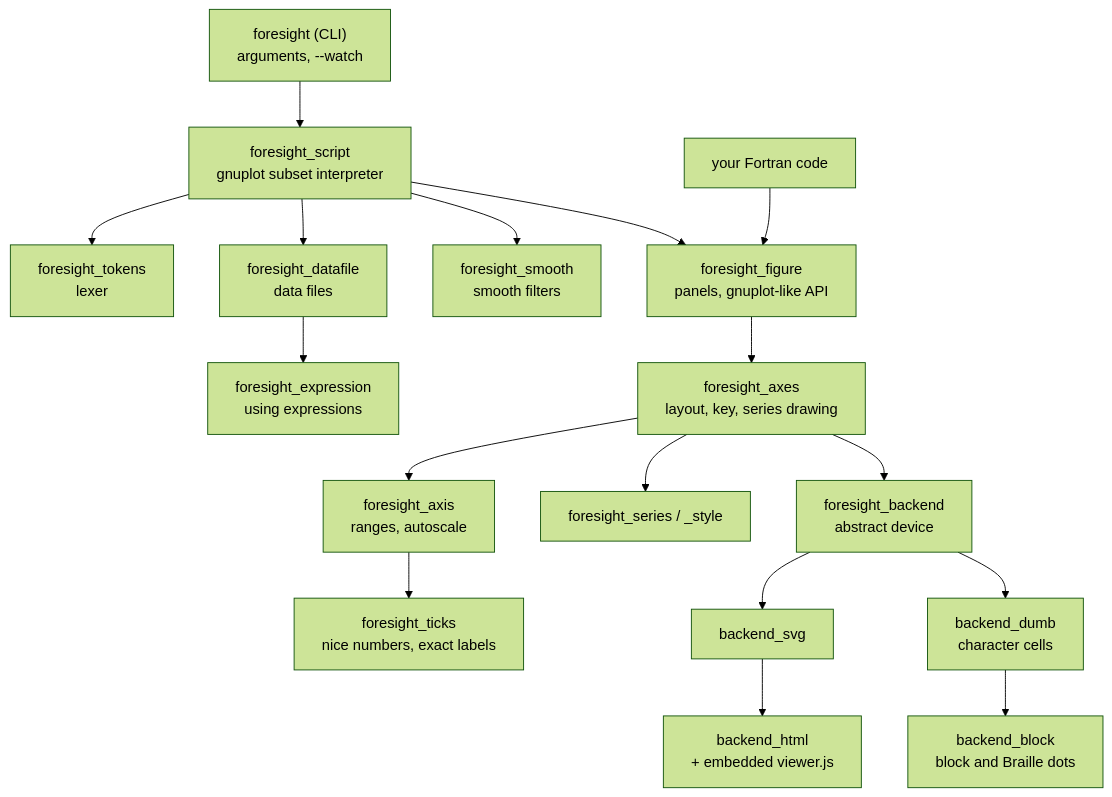
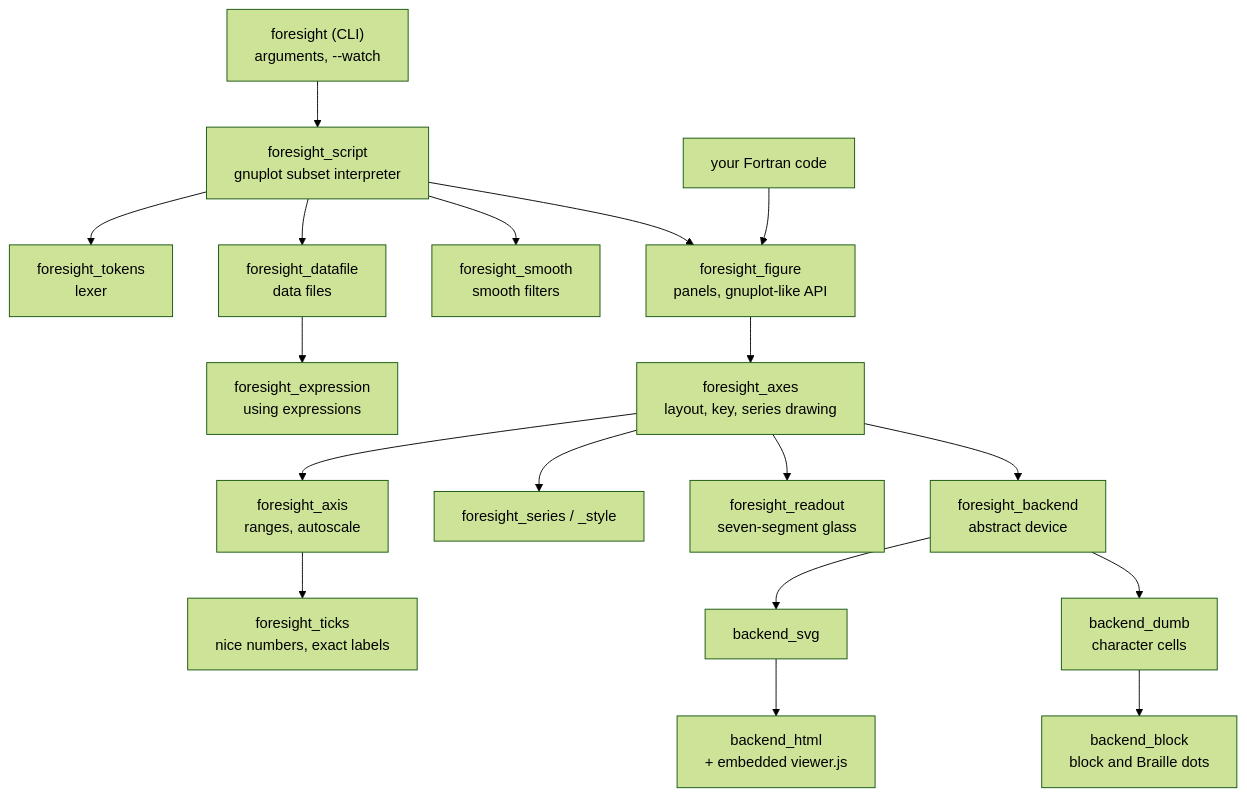
Before and after one commit to szaghi/foresight: the diagram in docs/guide/architecture.md, drawn with Mermaid (forest theme). The commit also changed other lines of this file and 33 other files, not shown here.

First line of the commit message:
feat: add seven-segment readouts for live monitoring

````diff
--- a/docs/guide/architecture.md
+++ b/docs/guide/architecture.md
@@ -7,19 +7,20 @@
 ```mermaid
 flowchart TD
     CLI["foresight (CLI)<br/>arguments, --watch"] --> SCRIPT
     SCRIPT["foresight_script<br/>gnuplot subset interpreter"] --> TOKENS["foresight_tokens<br/>lexer"]
     SCRIPT --> DATA["foresight_datafile<br/>data files"]
     DATA --> EXPR["foresight_expression<br/>using expressions"]
     SCRIPT --> SMOOTH["foresight_smooth<br/>smooth filters"]
     SCRIPT --> FIG
     USER["your Fortran code"] --> FIG
     FIG["foresight_figure<br/>panels, gnuplot-like API"] --> AXES
     AXES["foresight_axes<br/>layout, key, series drawing"] --> AXIS["foresight_axis<br/>ranges, autoscale"]
     AXES --> SERIES["foresight_series / _style"]
+    AXES --> READOUT["foresight_readout<br/>seven-segment glass"]
     AXIS --> TICKS["foresight_ticks<br/>nice numbers, exact labels"]
     AXES --> BACKEND
     BACKEND["foresight_backend<br/>abstract device"] --> SVG["backend_svg"]
     SVG --> HTML["backend_html<br/>+ embedded viewer.js"]
     BACKEND --> DUMB["backend_dumb<br/>character cells"]
     DUMB --> BLOCK["backend_block<br/>block and Braille dots"]
 ```
````
